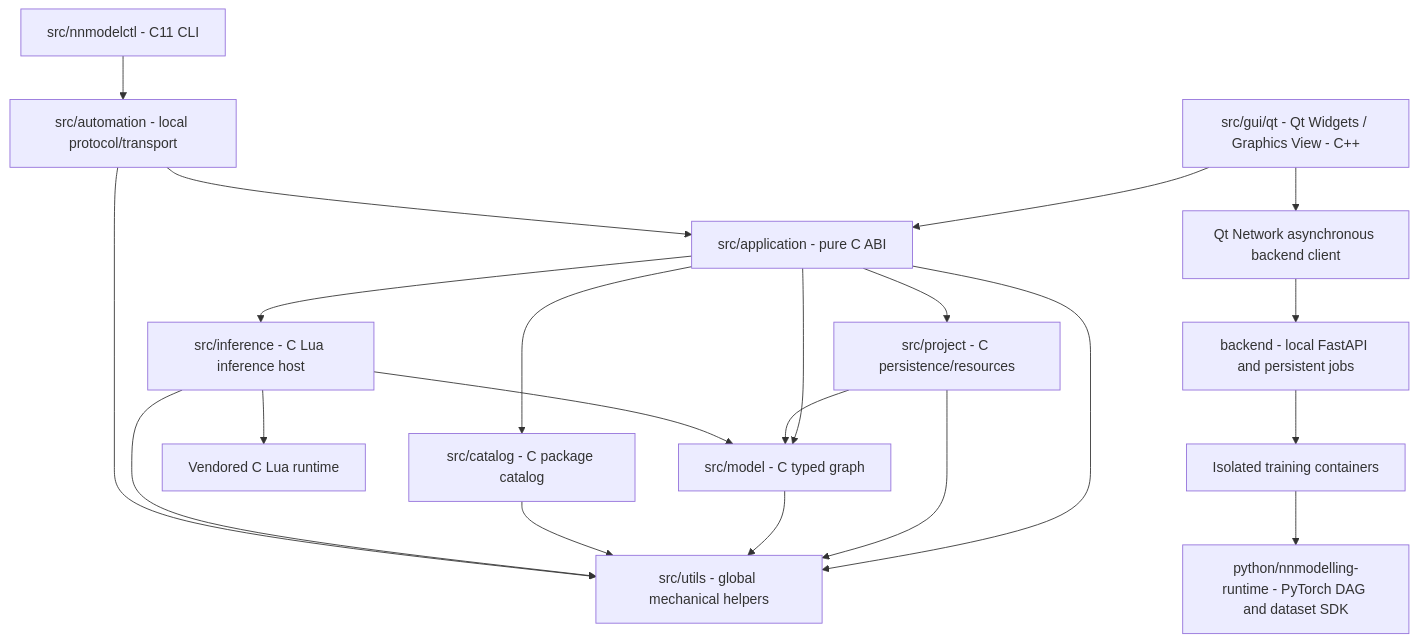
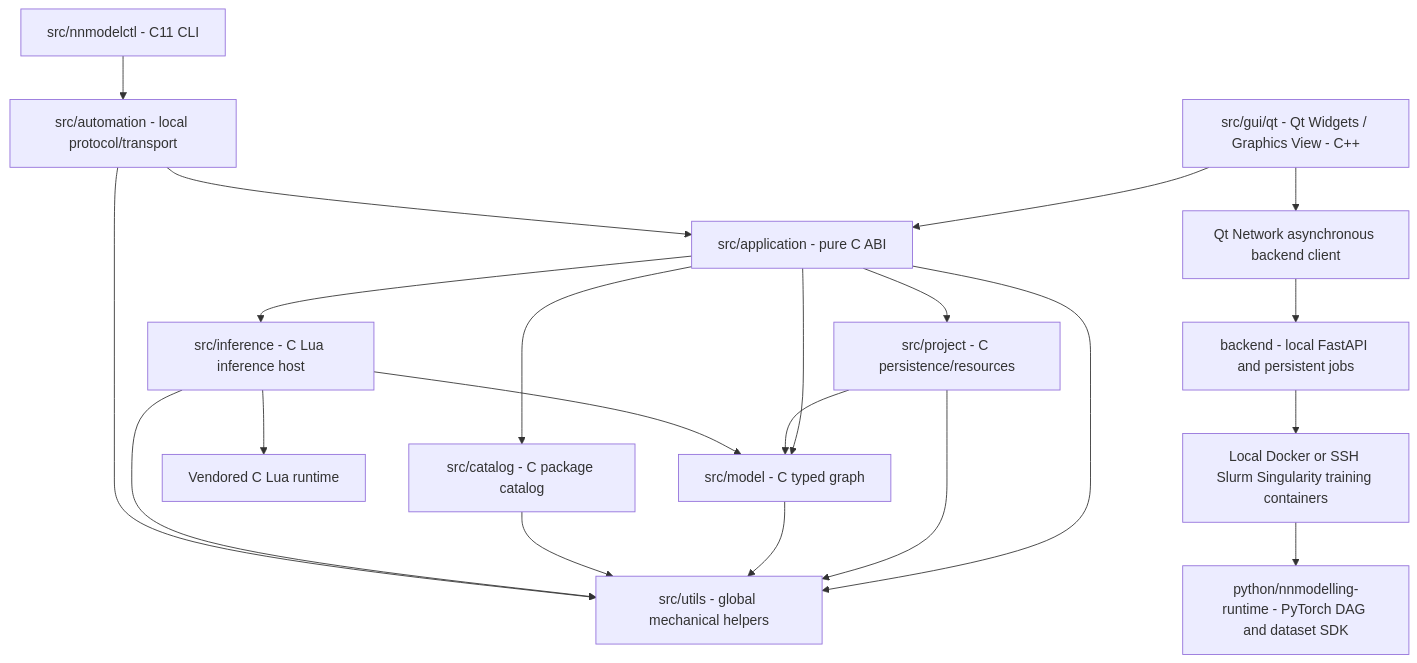
The diagram in docs/knowledge/architecture/overview.md (LucaSforza/nnmodelling-ui), drawn with Mermaid before and after one commit. The commit also changed 52 other files, not shown here.

Commit message:
feat: run training jobs through Slurm

````diff
--- a/docs/knowledge/architecture/overview.md
+++ b/docs/knowledge/architecture/overview.md
@@ -5,23 +5,23 @@
 ```mermaid
   flowchart TD
       GUI[src/gui/qt - Qt Widgets / Graphics View - C++] --> API[src/application - pure C ABI]
       CLI[src/nnmodelctl - C11 CLI] --> IPC[src/automation - local protocol/transport]
       IPC --> API
       API --> Project[src/project - C persistence/resources]
       API --> Model[src/model - C typed graph]
       API --> Catalog[src/catalog - C package catalog]
       API --> Inference[src/inference - C Lua inference host]
       Project --> Model
       Inference --> Model
       Inference --> Lua[Vendored C Lua runtime]
       API --> Utils[src/utils - global mechanical helpers]
       Project --> Utils
       Model --> Utils
       Catalog --> Utils
       Inference --> Utils
       IPC --> Utils
       GUI --> HTTP[Qt Network asynchronous backend client]
       HTTP --> Backend[backend - local FastAPI and persistent jobs]
-      Backend --> Container[Isolated training containers]
+      Backend --> Container[Local Docker or SSH Slurm Singularity training containers]
       Container --> Python[python/nnmodelling-runtime - PyTorch DAG and dataset SDK]
 ```
````
